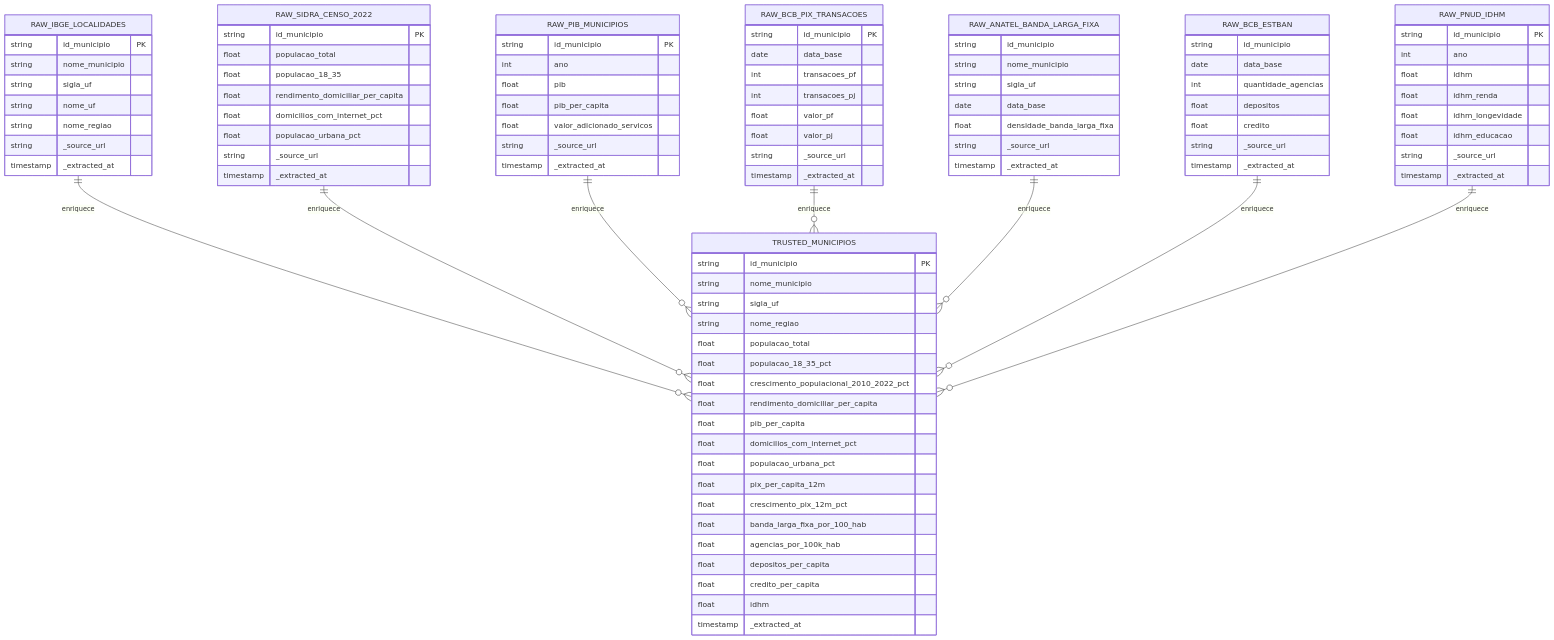
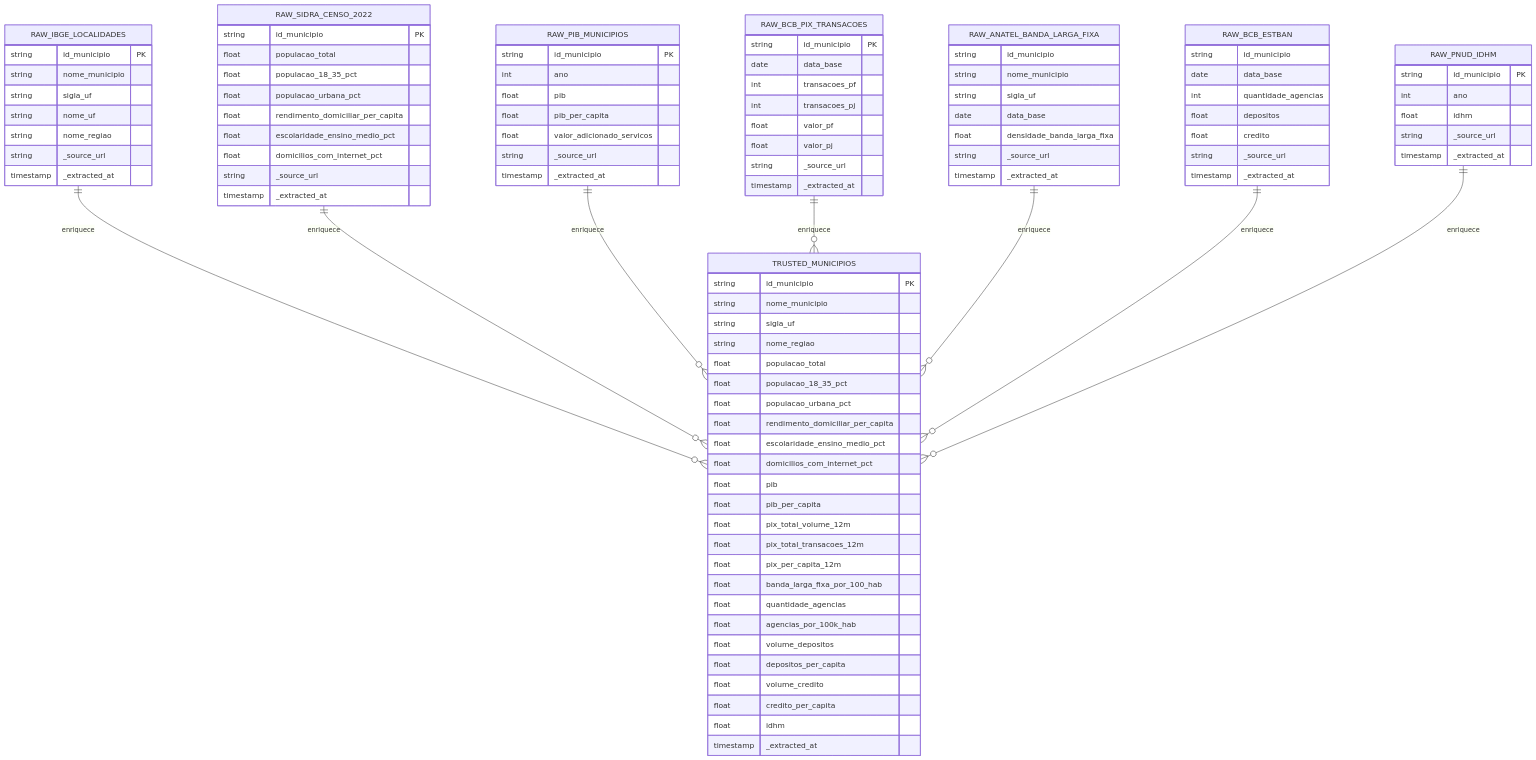
One commit to LucioFrCruz/heluvina_projeto_final_202602 changed the third of 4 diagrams in docs/Arquitetura_Tecnica.md. Above: the diagram before and after it, drawn with Mermaid. The commit also changed other lines of this file and 4 other files, not shown here.

Commit message:
docs: alinha dicionário e guias técnicos com schema real e vintage dos dados

```diff
--- a/docs/Arquitetura_Tecnica.md
+++ b/docs/Arquitetura_Tecnica.md
@@ -181,10 +181,11 @@
     RAW_SIDRA_CENSO_2022 {
         string id_municipio PK
         float populacao_total
-        float populacao_18_35
+        float populacao_18_35_pct
+        float populacao_urbana_pct
         float rendimento_domiciliar_per_capita
+        float escolaridade_ensino_medio_pct
         float domicilios_com_internet_pct
-        float populacao_urbana_pct
         string _source_url
         timestamp _extracted_at
     }
@@ -234,9 +235,6 @@
         string id_municipio PK
         int ano
         float idhm
-        float idhm_renda
-        float idhm_longevidade
-        float idhm_educacao
         string _source_url
         timestamp _extracted_at
     }
@@ -248,16 +246,21 @@
         string nome_regiao
         float populacao_total
         float populacao_18_35_pct
-        float crescimento_populacional_2010_2022_pct
+        float populacao_urbana_pct
         float rendimento_domiciliar_per_capita
+        float escolaridade_ensino_medio_pct
+        float domicilios_com_internet_pct
+        float pib
         float pib_per_capita
-        float domicilios_com_internet_pct
-        float populacao_urbana_pct
+        float pix_total_volume_12m
+        float pix_total_transacoes_12m
         float pix_per_capita_12m
-        float crescimento_pix_12m_pct
         float banda_larga_fixa_por_100_hab
+        float quantidade_agencias
         float agencias_por_100k_hab
+        float volume_depositos
         float depositos_per_capita
+        float volume_credito
         float credito_per_capita
         float idhm
         timestamp _extracted_at
```
